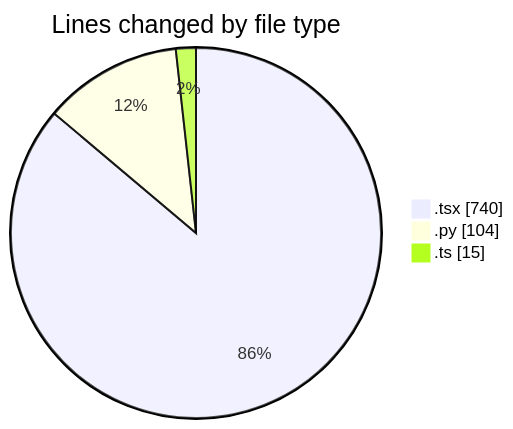
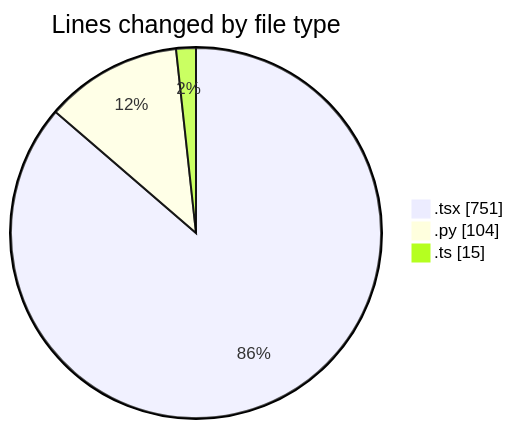
Before and after one commit to Ritupan-Deka/code-tracking: the first of 2 diagrams in 2025-06-24/scopecraft/README.md, drawn with Mermaid. The commit also changed other lines of this file and 1 other file, not shown here.

````diff
--- a/2025-06-24/scopecraft/README.md
+++ b/2025-06-24/scopecraft/README.md
@@ -30,7 +30,7 @@
 ```mermaid
 pie showData
 title Lines changed by file type
-".tsx" : 740
+".tsx" : 751
 ".py" : 104
 ".ts" : 15
 ```
````
